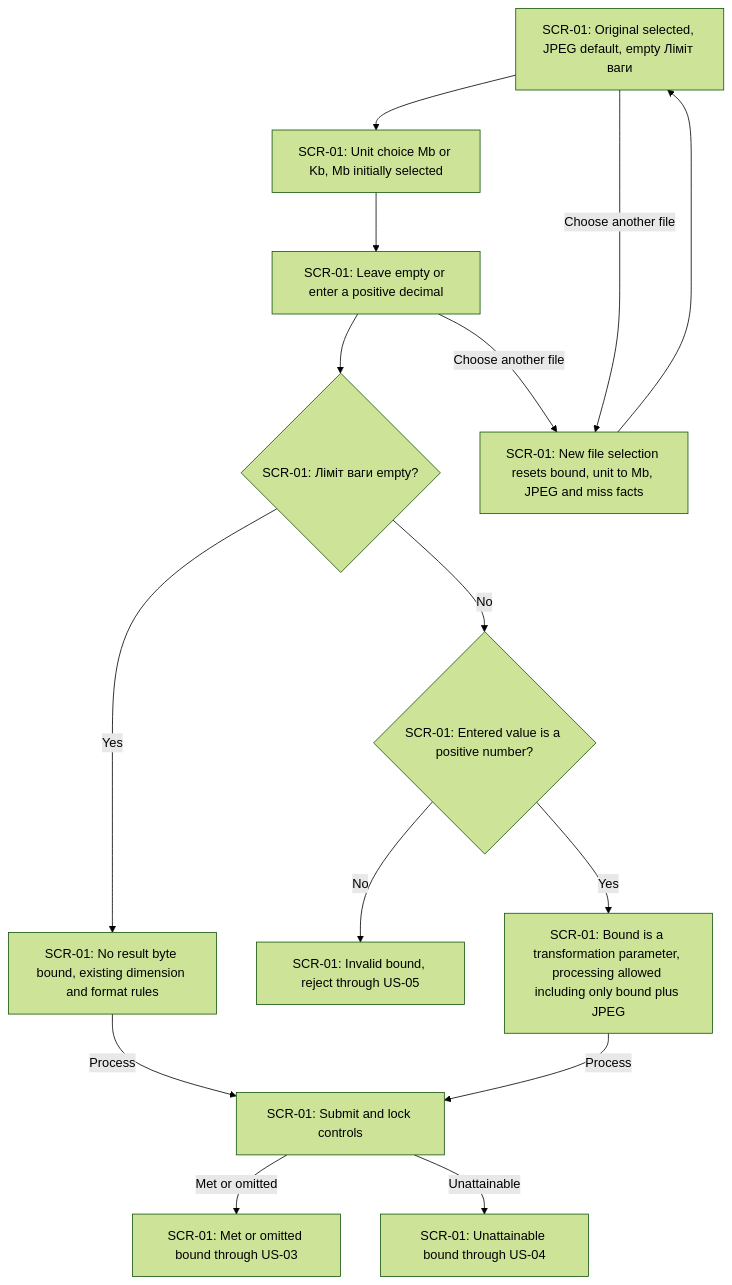
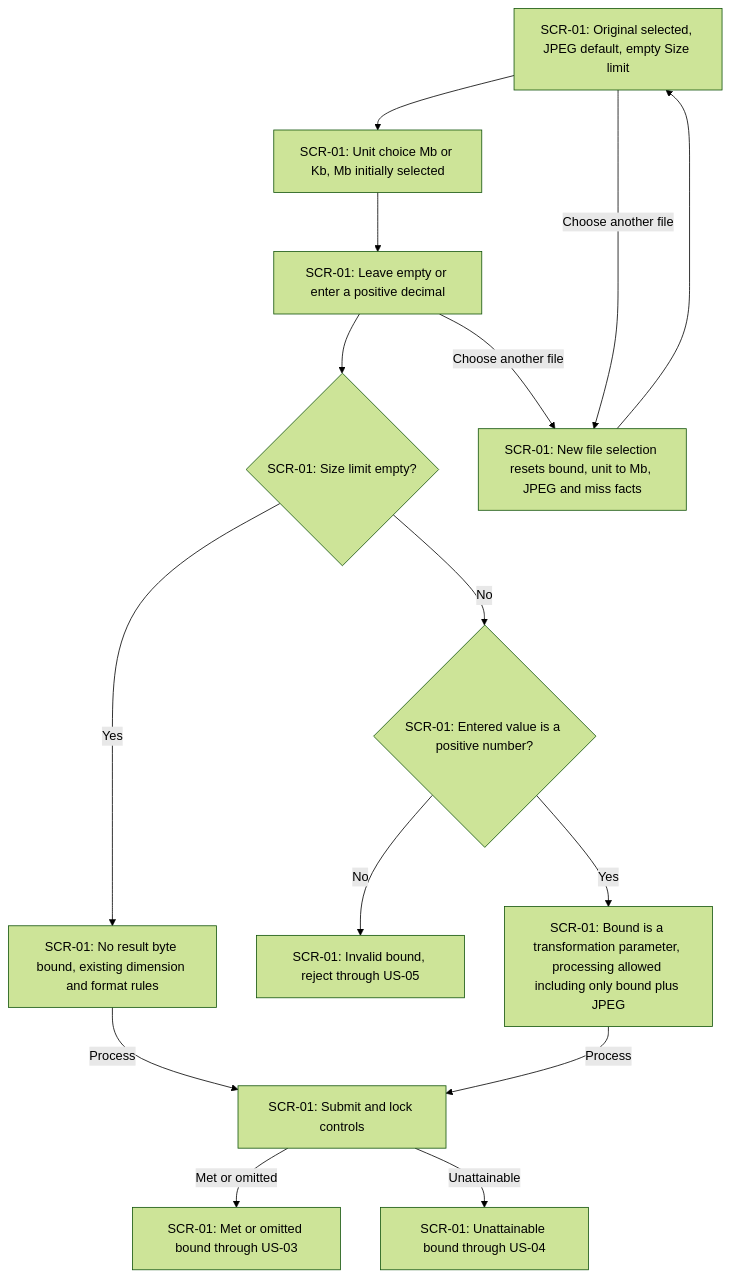
Before and after one commit to shved270189/image_compressor: the first of 5 diagrams in docs/features/image-size-limit/ux-flows.md, drawn with Mermaid (forest theme). The commit also changed other lines of this file and 46 other files, not shown here.

````diff
--- a/docs/features/image-size-limit/ux-flows.md
+++ b/docs/features/image-size-limit/ux-flows.md
@@ -33,29 +33,29 @@
 ```mermaid
 flowchart TD
-    S1_READY["SCR-01: Original selected, JPEG default, empty Ліміт ваги"]
+    S1_READY["SCR-01: Original selected, JPEG default, empty Size limit"]
     S1_UNIT["SCR-01: Unit choice Mb or Kb, Mb initially selected"]
     S1_EDIT["SCR-01: Leave empty or enter a positive decimal"]
-    S1_EMPTY{"SCR-01: Ліміт ваги empty?"}
+    S1_EMPTY{"SCR-01: Size limit empty?"}
     S1_NOBOUND["SCR-01: No result byte bound, existing dimension and format rules"]
     S1_VALUE{"SCR-01: Entered value is a positive number?"}
     S1_INVALID["SCR-01: Invalid bound, reject through US-05"]
     S1_ALLOWED["SCR-01: Bound is a transformation parameter, processing allowed including only bound plus JPEG"]
     S1_SUBMIT["SCR-01: Submit and lock controls"]
     S1_US03["SCR-01: Met or omitted bound through US-03"]
     S1_US04["SCR-01: Unattainable bound through US-04"]
     S1_RESET["SCR-01: New file selection resets bound, unit to Mb, JPEG and miss facts"]
     S1_READY --> S1_UNIT
     S1_UNIT --> S1_EDIT
     S1_EDIT --> S1_EMPTY
     S1_EMPTY -->|Yes| S1_NOBOUND
     S1_EMPTY -->|No| S1_VALUE
     S1_VALUE -->|No| S1_INVALID
     S1_VALUE -->|Yes| S1_ALLOWED
     S1_NOBOUND -->|Process| S1_SUBMIT
     S1_ALLOWED -->|Process| S1_SUBMIT
     S1_SUBMIT -->|Met or omitted| S1_US03
     S1_SUBMIT -->|Unattainable| S1_US04
     S1_READY -->|Choose another file| S1_RESET
     S1_EDIT -->|Choose another file| S1_RESET
     S1_RESET --> S1_READY
 ```
````
